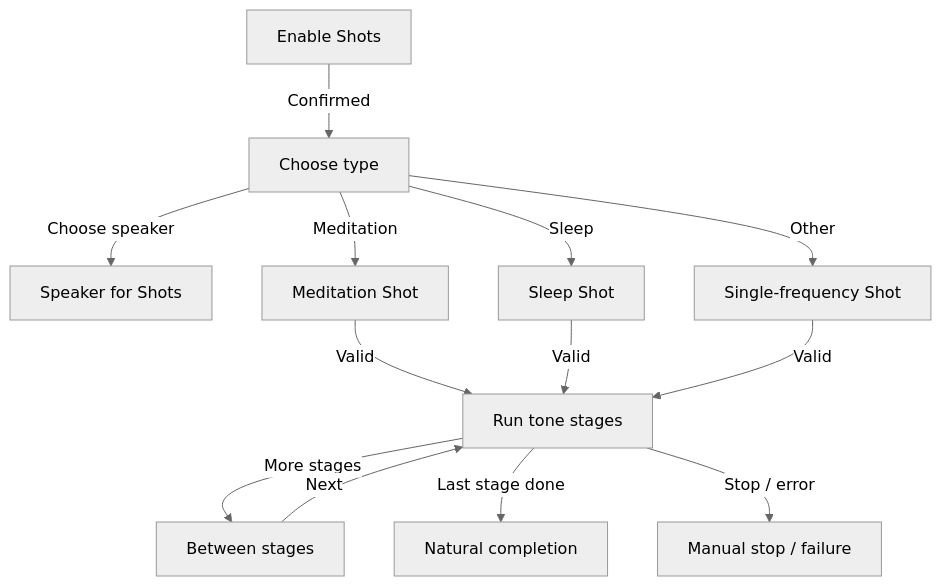
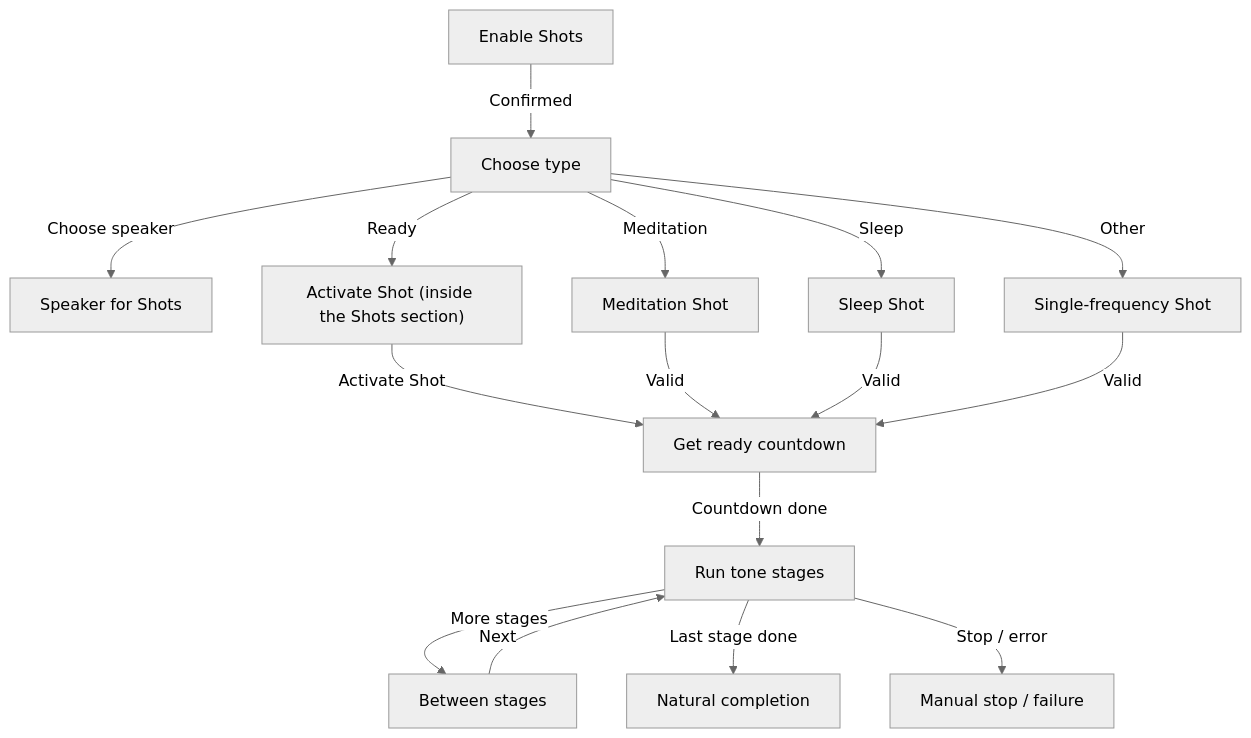
Diagram 15 of 56 in docs/app-map/FLOW-REFERENCE.md (missionode/lite), drawn with Mermaid (neutral theme) before and after one commit. The commit also changed other lines of this file and 78 other files, not shown here.

First line of the commit message:
feat(shots): Activate button inside the Shots section; get-ready countdown

````diff
--- a/docs/app-map/FLOW-REFERENCE.md
+++ b/docs/app-map/FLOW-REFERENCE.md
@@ -832,25 +832,30 @@
 ```mermaid
 flowchart TD
   enable["Enable Shots"]
   type["Choose type"]
   speaker["Speaker for Shots"]
+  activate["Activate Shot (inside the Shots section)"]
   med["Meditation Shot"]
   sleep["Sleep Shot"]
   single["Single-frequency Shot"]
+  prep["Get ready countdown"]
   run["Run tone stages"]
   gaps["Between stages"]
   reload["Natural completion"]
   abort["Manual stop / failure"]
   enable -->|"Confirmed"| type
   type -->|"Choose speaker"| speaker
+  type -->|"Ready"| activate
+  activate -->|"Activate Shot"| prep
   type -->|"Meditation"| med
   type -->|"Sleep"| sleep
   type -->|"Other"| single
-  med -->|"Valid"| run
-  sleep -->|"Valid"| run
-  single -->|"Valid"| run
+  med -->|"Valid"| prep
+  sleep -->|"Valid"| prep
+  single -->|"Valid"| prep
+  prep -->|"Countdown done"| run
   run -->|"More stages"| gaps
   gaps -->|"Next"| run
   run -->|"Last stage done"| reload
   run -->|"Stop / error"| abort
 ```
````
